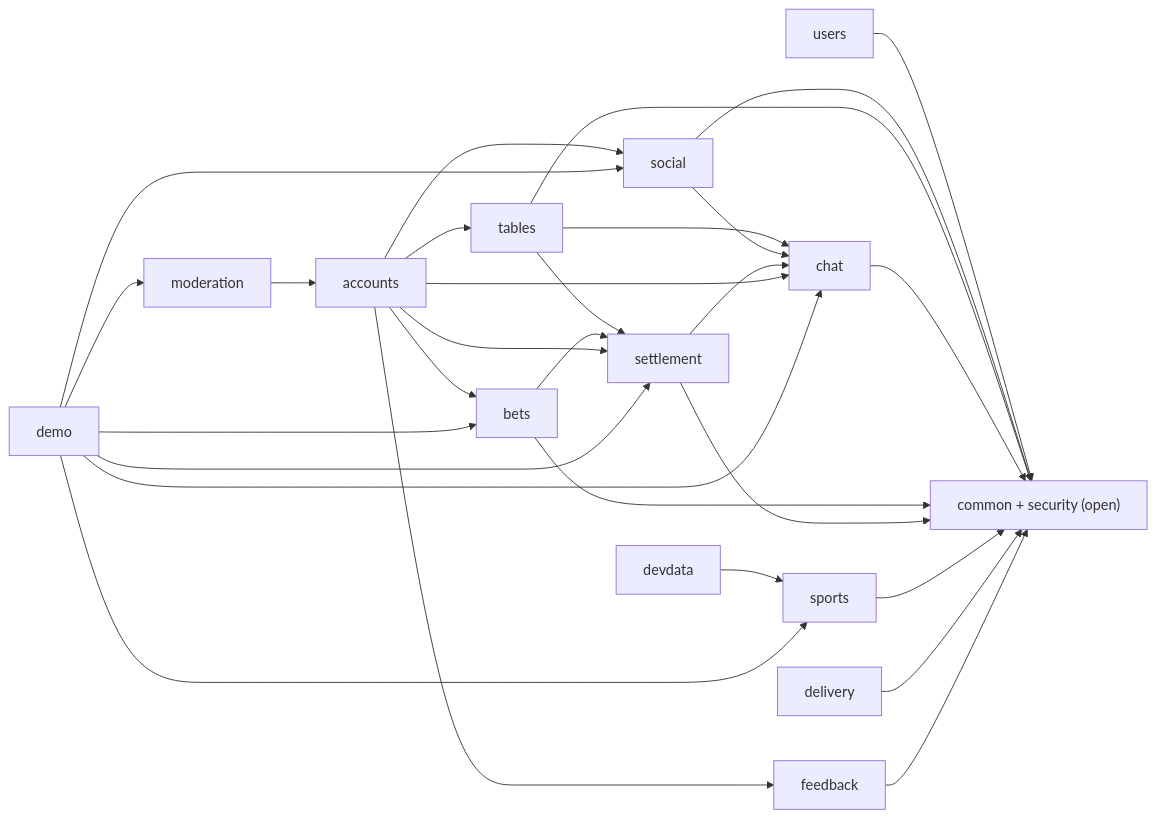
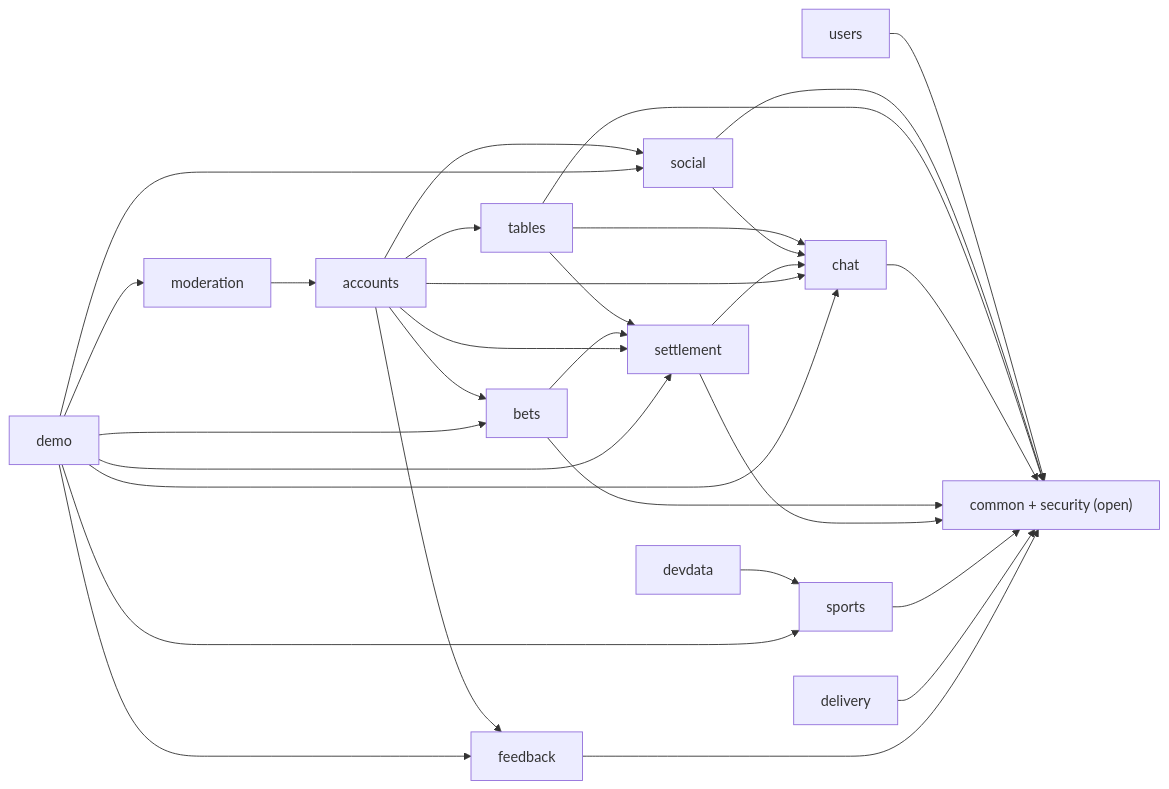
Before and after one commit to jackhudsonnnn/PVPicks: the second of 3 diagrams in docs/site/architecture.md, drawn with Mermaid. The commit also changed other lines of this file and 166 other files, not shown here.

````diff
--- a/docs/site/architecture.md
+++ b/docs/site/architecture.md
@@ -38,13 +38,13 @@
 ```mermaid
 flowchart LR
   tables --> chat
   tables --> settlement
   social --> chat
   settlement --> chat
   bets --> settlement
   accounts --> tables & chat & social & feedback & settlement & bets
   moderation --> accounts
   devdata --> sports
-  demo --> sports & bets & social & chat & settlement & moderation
+  demo --> sports & bets & social & chat & settlement & moderation & feedback
   users & social & tables & chat & bets & settlement & sports & delivery & feedback --> shared["common + security (open)"]
 ```
````
